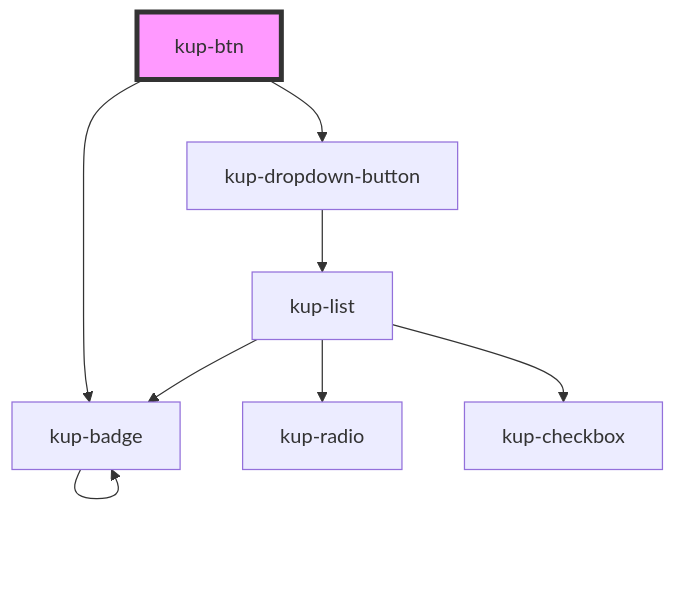
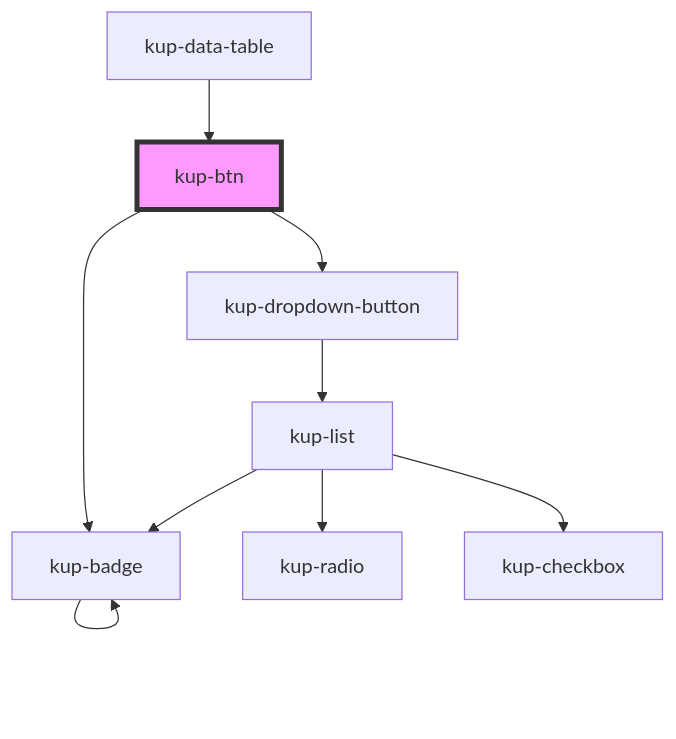
The diagram in packages/ketchup/src/components/kup-btn/readme.md (smeup/ketchup), drawn with Mermaid before and after one commit. The commit also changed other lines of this file and 17 other files, not shown here.

````diff
--- a/packages/ketchup/src/components/kup-btn/readme.md
+++ b/packages/ketchup/src/components/kup-btn/readme.md
@@ -60,11 +64,12 @@
 ```mermaid
 graph TD;
   kup-btn --> kup-dropdown-button
   kup-btn --> kup-badge
   kup-dropdown-button --> kup-list
   kup-list --> kup-radio
   kup-list --> kup-checkbox
   kup-list --> kup-badge
   kup-badge --> kup-badge
+  kup-data-table --> kup-btn
   style kup-btn fill:#f9f,stroke:#333,stroke-width:4px
 ```
````
